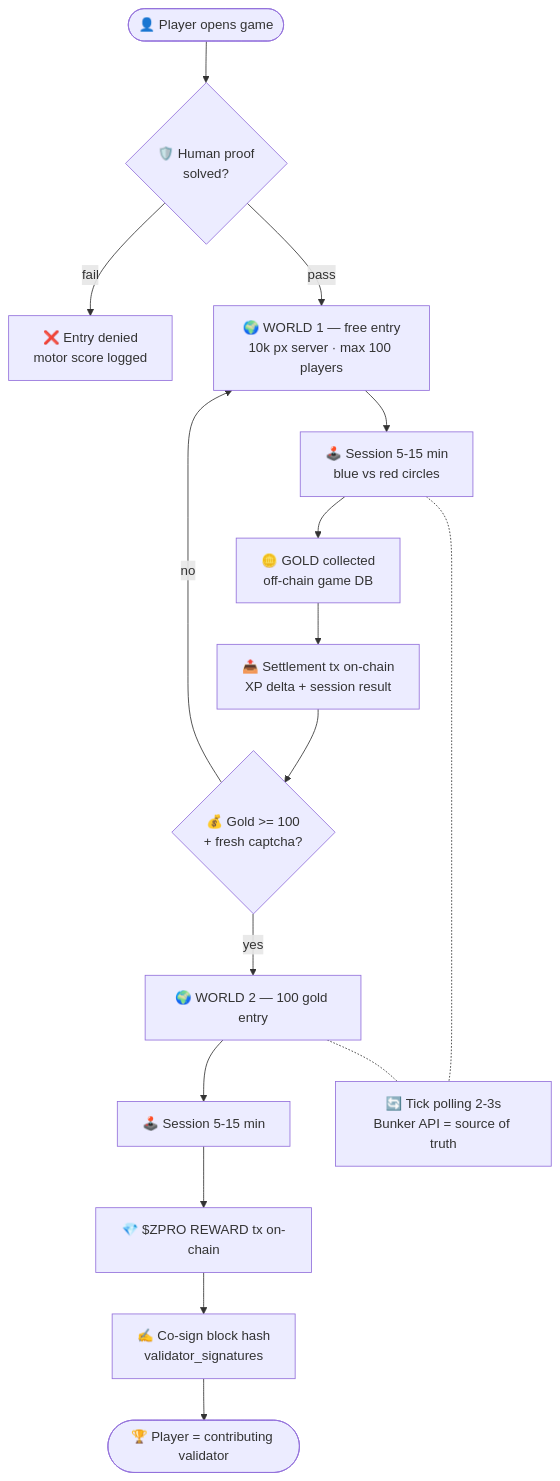
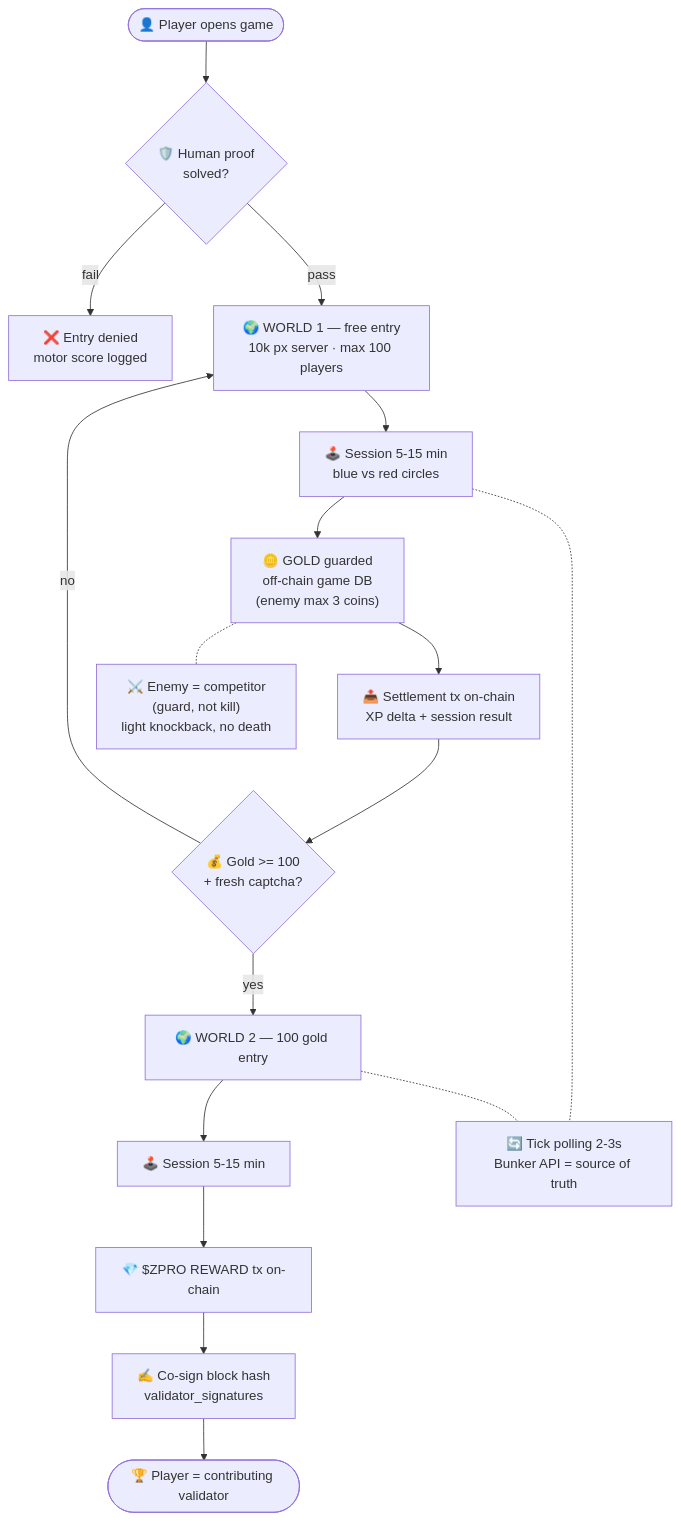
The second of 2 diagrams in docs/flowcharts/README.md (Ringga999/zcp2o-protocol), drawn with Mermaid before and after one commit. The commit also changed 2 other files, not shown here.

Commit message:
docs: sync guard-system wording across all flowchart embeds

````diff
--- a/docs/flowcharts/README.md
+++ b/docs/flowcharts/README.md
@@ -67,18 +67,19 @@
 ```mermaid
 flowchart TB
     A(["👤 Player opens game"]) --> B{"🛡️ Human proof<br/>solved?"}
     B -- fail --> X["❌ Entry denied<br/>motor score logged"]
     B -- pass --> C["🌍 WORLD 1 — free entry<br/>10k px server · max 100 players"]
     C --> D["🕹️ Session 5-15 min<br/>blue vs red circles"]
-    D --> E["🪙 GOLD collected<br/>off-chain game DB"]
+    D --> E["🪙 GOLD guarded<br/>off-chain game DB<br/>(enemy max 3 coins)"]
     E --> F["📤 Settlement tx on-chain<br/>XP delta + session result"]
+    E -.- N["⚔️ Enemy = competitor<br/>(guard, not kill)<br/>light knockback, no death"]
     F --> G{"💰 Gold >= 100<br/>+ fresh captcha?"}
     G -- no --> C
     G -- yes --> H["🌍 WORLD 2 — 100 gold entry"]
     H --> I["🕹️ Session 5-15 min"]
     I --> J["💎 $ZPRO REWARD tx on-chain"]
     J --> K["✍️ Co-sign block hash<br/>validator_signatures"]
     K --> L(["🏆 Player = contributing validator"])
     D -.- T["🔄 Tick polling 2-3s<br/>Bunker API = source of truth"]
     H -.- T
 ```
````
